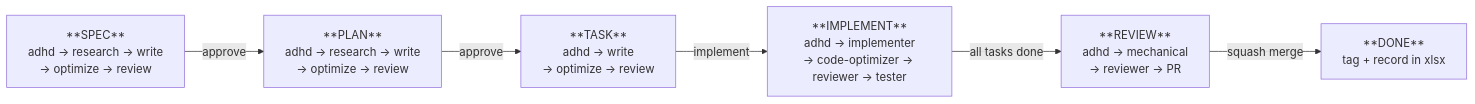
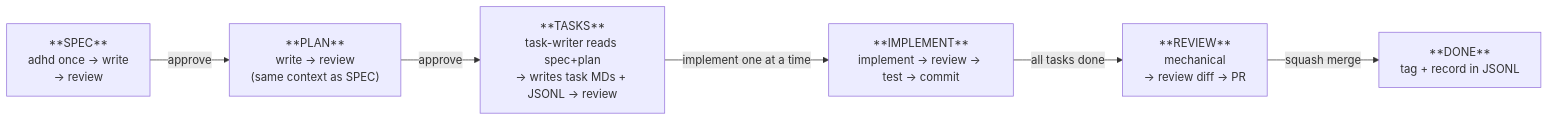
One commit to bperin/project-context changed the second of 4 diagrams in README.md. Above: the diagram before and after it, drawn with Mermaid. The commit also changed other lines of this file and 67 other files, not shown here.

First line of the commit message:
Replace xlsx with JSONL state, prefix skills with pc-, linearize workflows

````diff
--- a/README.md
+++ b/README.md
@@ -82,14 +81,14 @@
 ```mermaid
 graph LR
-    SPEC["**SPEC**<br/>adhd → research → write<br/>→ optimize → review"]
-    PLAN["**PLAN**<br/>adhd → research → write<br/>→ optimize → review"]
-    TASK["**TASK**<br/>adhd → write<br/>→ optimize → review"]
-    IMPL["**IMPLEMENT**<br/>adhd → implementer<br/>→ code-optimizer → reviewer → tester"]
-    REVIEW["**REVIEW**<br/>adhd → mechanical<br/>→ reviewer → PR"]
+    SPEC["**SPEC**<br/>adhd once → write<br/>→ review"]
+    PLAN["**PLAN**<br/>write → review<br/>(same context as SPEC)"]
+    TASK["**TASKS**<br/>task-writer reads spec+plan<br/>→ writes task MDs + JSONL → review"]
+    IMPL["**IMPLEMENT**<br/>implement → review → test → commit"]
+    REVIEW["**REVIEW**<br/>mechanical<br/>→ review diff → PR"]
 
     SPEC -->|approve| PLAN
     PLAN -->|approve| TASK
-    TASK -->|implement| IMPL
+    TASK -->|implement one at a time| IMPL
     IMPL -->|all tasks done| REVIEW
-    REVIEW -->|squash merge| DONE["**DONE**<br/>tag + record in xlsx"]
+    REVIEW -->|squash merge| DONE["**DONE**<br/>tag + record in JSONL"]
 ```
````
